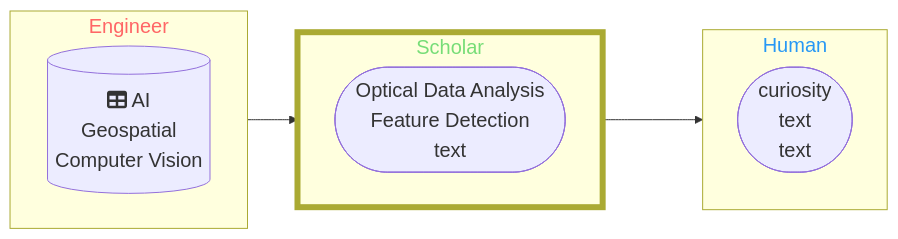
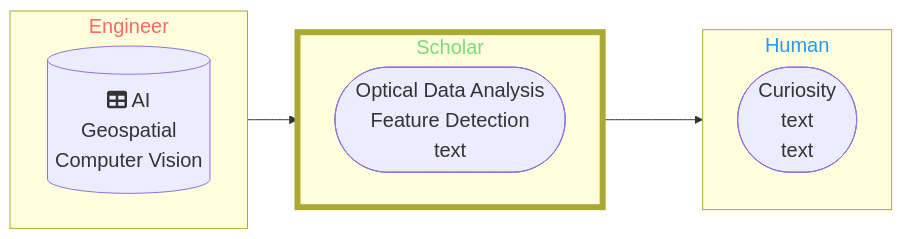
Before and after one commit to DippoldEJ/DippoldEJ: the diagram in README.md, drawn with Mermaid.

````diff
--- a/README.md
+++ b/README.md
@@ -3,30 +3,30 @@
 ```mermaid
 flowchart LR;
 %%{init: {
 	'themeVariables': { 'fontSize': '20px', 'fontFamily': 'Didot'}
 	}
 }%%
 
 subgraph n[Engineer]
         direction LR
         b[(fa:fa-table AI <br> Geospatial <br> Computer Vision)]
     end
 
 subgraph o[Scholar]
         direction LR
         j([Optical Data Analysis <br> Feature Detection <br> text])
 
     end
 
  subgraph p[Human]
-    a([curiosity <br /> text  <br />  text])
+    a([Curiosity <br /> text  <br />  text])
     end
 
 style n color:#f66
 style o stroke-width:6px
 style o color:#77DD77
 style p color:#2798F5
 
 n-->o
 o-->p
 ```
````
